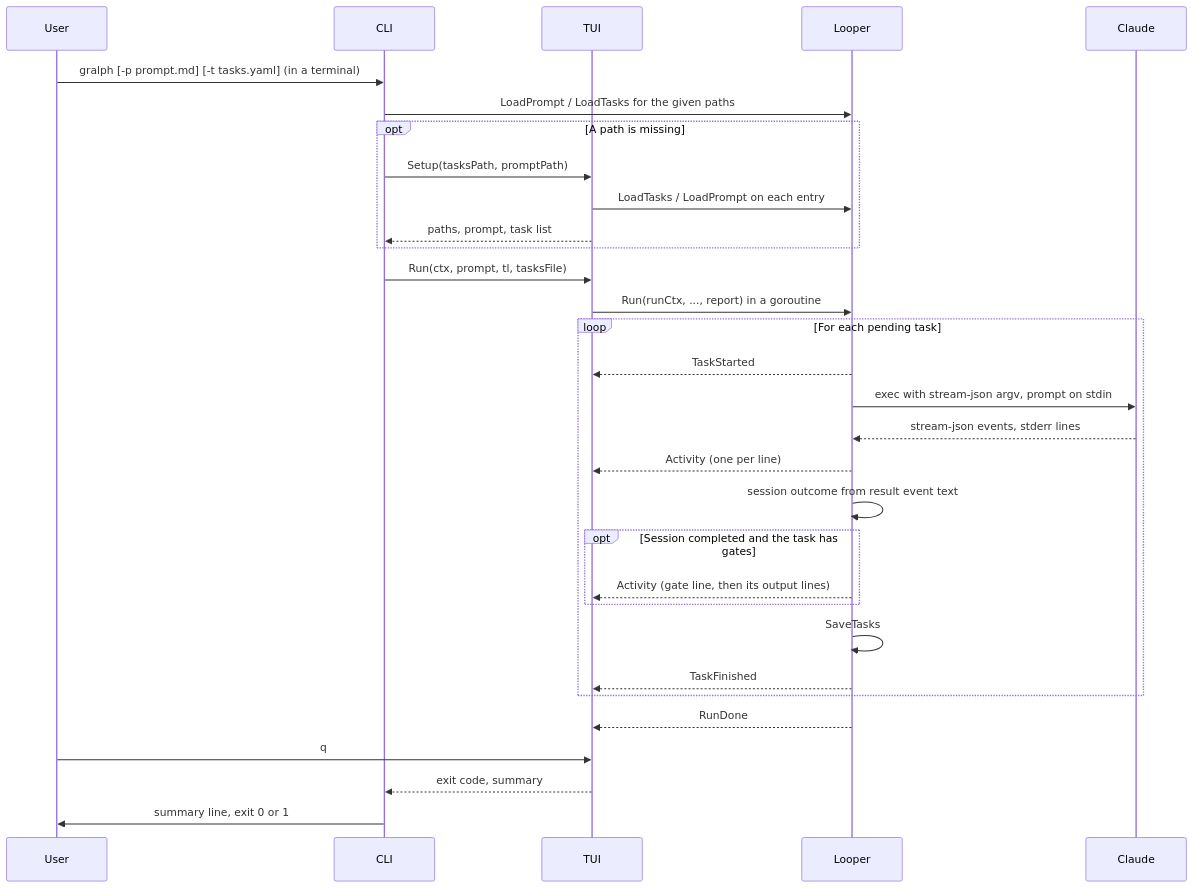
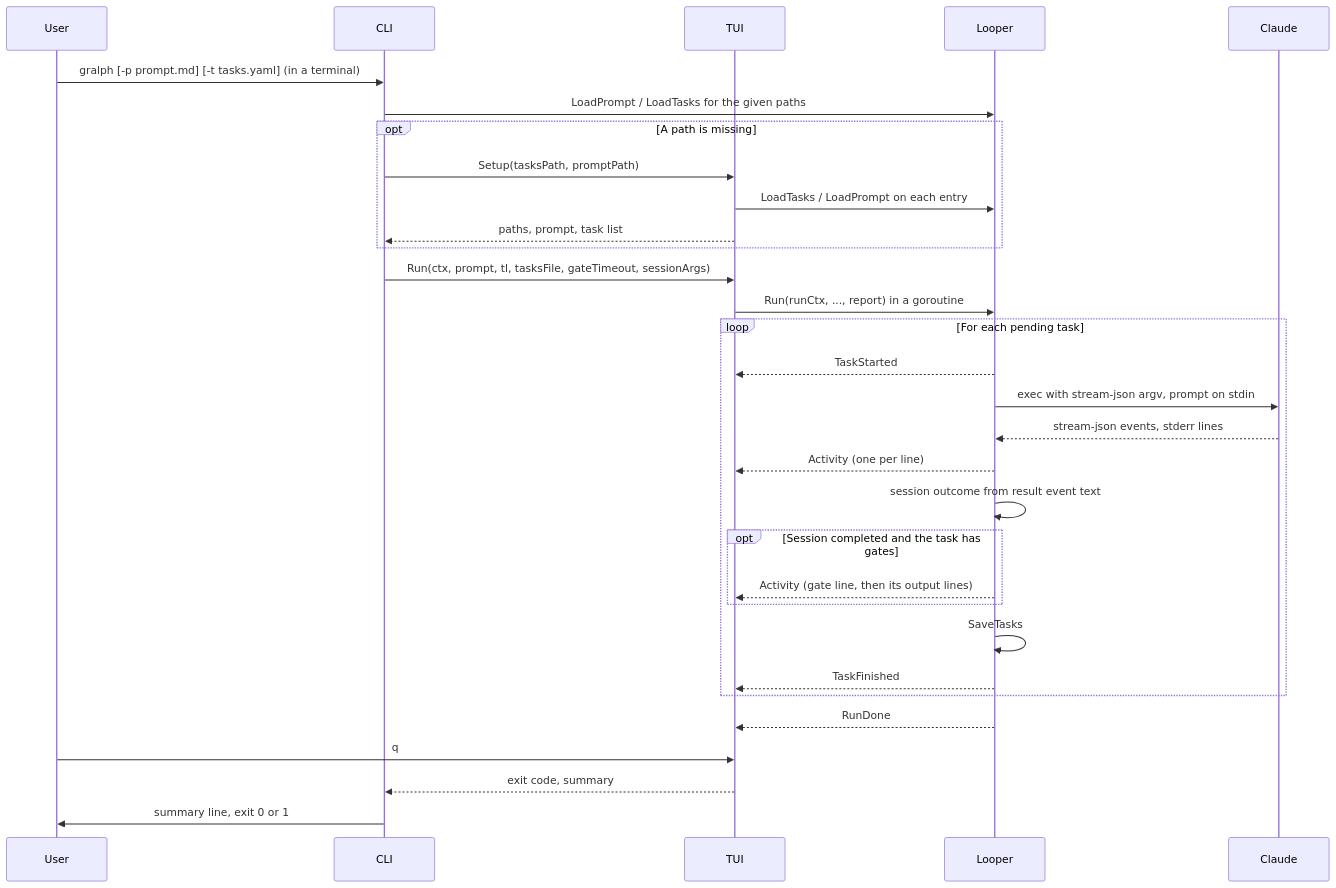
One commit to twistingmercury/gralph changed the third of 6 diagrams in docs/architecture/03_system_architecture.md. Above: the diagram before and after it, drawn with Mermaid. The commit also changed other lines of this file and 30 other files, not shown here.

````diff
--- a/docs/architecture/03_system_architecture.md
+++ b/docs/architecture/03_system_architecture.md
@@ -249,34 +263,34 @@
 ```mermaid
 sequenceDiagram
     participant User
     participant CLI
     participant TUI
     participant Looper
     participant Claude
 
     User->>CLI: gralph [-p prompt.md] [-t tasks.yaml] (in a terminal)
     CLI->>Looper: LoadPrompt / LoadTasks for the given paths
     opt A path is missing
         CLI->>TUI: Setup(tasksPath, promptPath)
         TUI->>Looper: LoadTasks / LoadPrompt on each entry
         TUI-->>CLI: paths, prompt, task list
     end
-    CLI->>TUI: Run(ctx, prompt, tl, tasksFile)
+    CLI->>TUI: Run(ctx, prompt, tl, tasksFile, gateTimeout, sessionArgs)
     TUI->>Looper: Run(runCtx, ..., report) in a goroutine
     loop For each pending task
         Looper-->>TUI: TaskStarted
         Looper->>Claude: exec with stream-json argv, prompt on stdin
         Claude-->>Looper: stream-json events, stderr lines
         Looper-->>TUI: Activity (one per line)
         Looper->>Looper: session outcome from result event text
         opt Session completed and the task has gates
             Looper-->>TUI: Activity (gate line, then its output lines)
         end
         Looper->>Looper: SaveTasks
         Looper-->>TUI: TaskFinished
     end
     Looper-->>TUI: RunDone
     User->>TUI: q
     TUI-->>CLI: exit code, summary
     CLI->>User: summary line, exit 0 or 1
 ```
````
